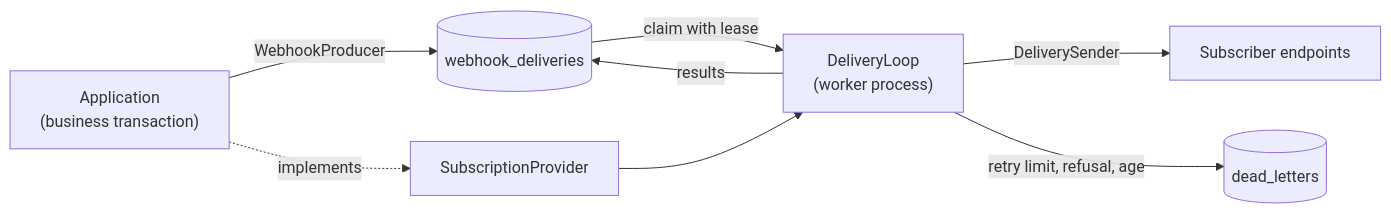
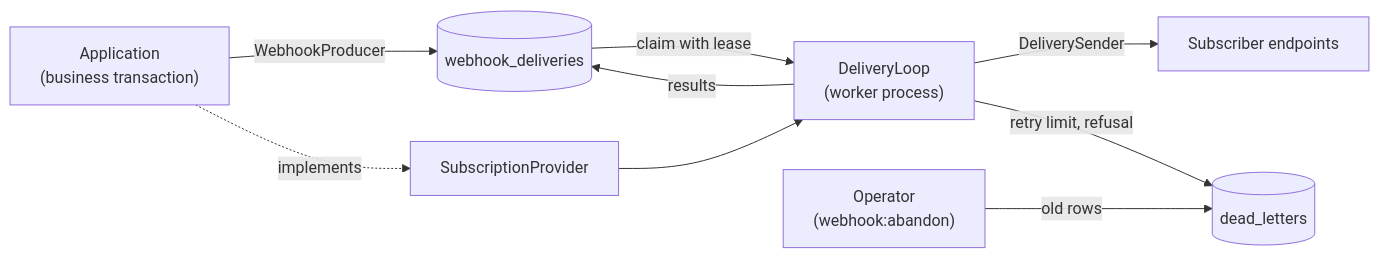
Before and after one commit to freyr/message-broker: the diagram in docs/core/WEBHOOKS.md, drawn with Mermaid. The commit also changed other lines of this file and 39 other files, not shown here.

First line of the commit message:
feat!: no time limit for webhook deliveries, and webhook:abandon by date (#57)

````diff
--- a/docs/core/WEBHOOKS.md
+++ b/docs/core/WEBHOOKS.md
@@ -15,10 +15,11 @@
 ```mermaid
 flowchart LR
     App["Application<br/>(business transaction)"] -->|"WebhookProducer"| T[("webhook_deliveries")]
     App -.->|"implements"| SP["SubscriptionProvider"]
     T -->|"claim with lease"| L["DeliveryLoop<br/>(worker process)"]
     SP --> L
     L -->|"DeliverySender"| E["Subscriber endpoints"]
     L -->|"results"| T
-    L -->|"retry limit, refusal, age"| DL[("dead_letters")]
+    L -->|"retry limit, refusal"| DL[("dead_letters")]
+    Op["Operator<br/>(webhook:abandon)"] -->|"old rows"| DL
 ```
````
